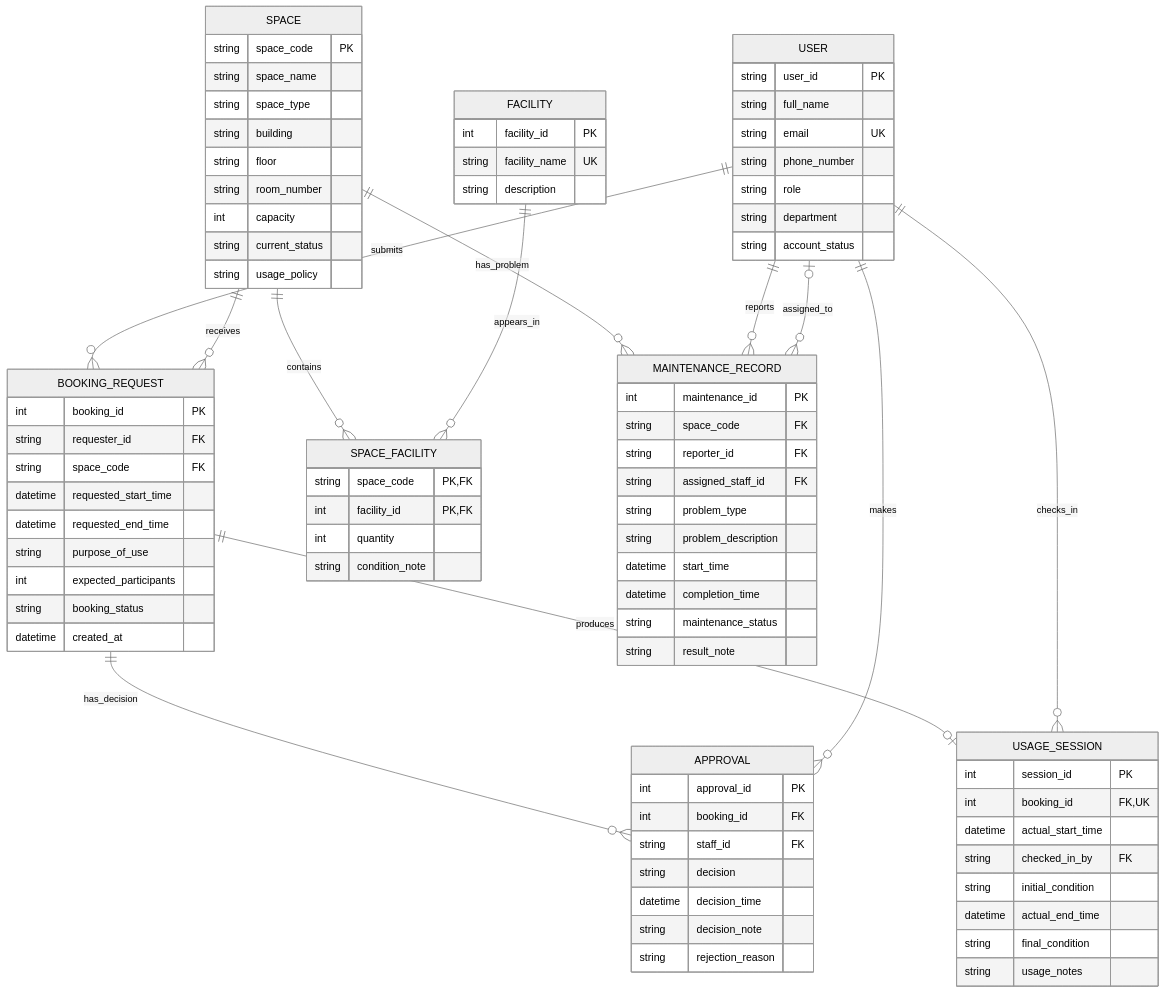
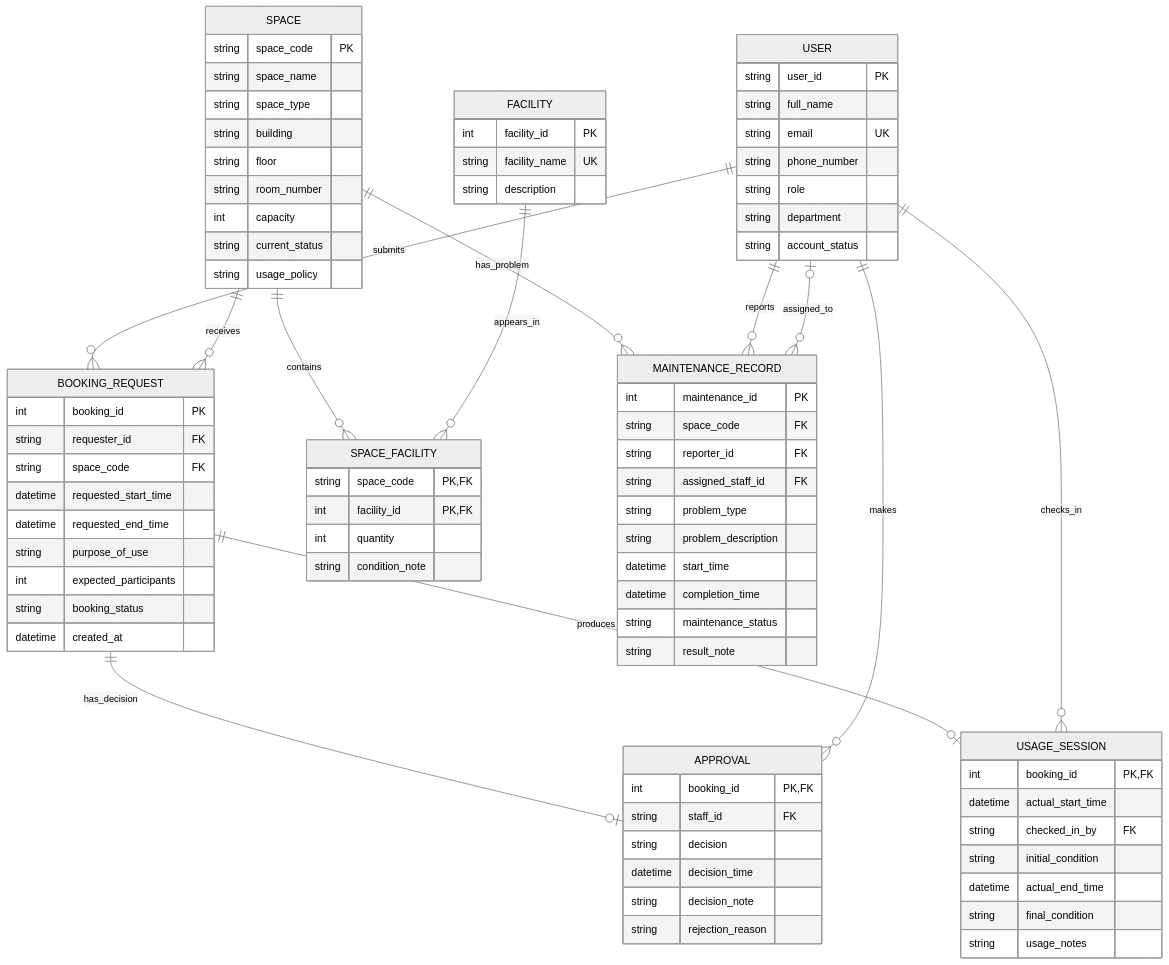
Before and after one commit to dariomv28/CS486_Project_1: the diagram in outputs/02-erd-design-G10.md, drawn with Mermaid (neutral theme). The commit also changed other lines of this file and 3 other files, not shown here.

Commit message:
fix: change cardinality of Request to Approval to 1:0..1, remove superfluous description in cardinalities

```diff
--- a/outputs/02-erd-design-G10.md
+++ b/outputs/02-erd-design-G10.md
@@ -14,7 +14,7 @@
     SPACE ||--o{ BOOKING_REQUEST : receives
     SPACE ||--o{ SPACE_FACILITY : contains
     FACILITY ||--o{ SPACE_FACILITY : appears_in
-    BOOKING_REQUEST ||--o{ APPROVAL : has_decision
+    BOOKING_REQUEST ||--o| APPROVAL : has_decision
     USER ||--o{ APPROVAL : makes
     BOOKING_REQUEST ||--o| USAGE_SESSION : produces
     USER ||--o{ USAGE_SESSION : checks_in
@@ -70,8 +70,7 @@
     }
 
     APPROVAL {
-        int approval_id PK
-        int booking_id FK
+        int booking_id PK, FK
         string staff_id FK
         string decision
         datetime decision_time
@@ -80,8 +79,7 @@
     }
 
     USAGE_SESSION {
-        int session_id PK
-        int booking_id FK, UK
+        int booking_id PK, FK
         datetime actual_start_time
         string checked_in_by FK
         string initial_condition
```
